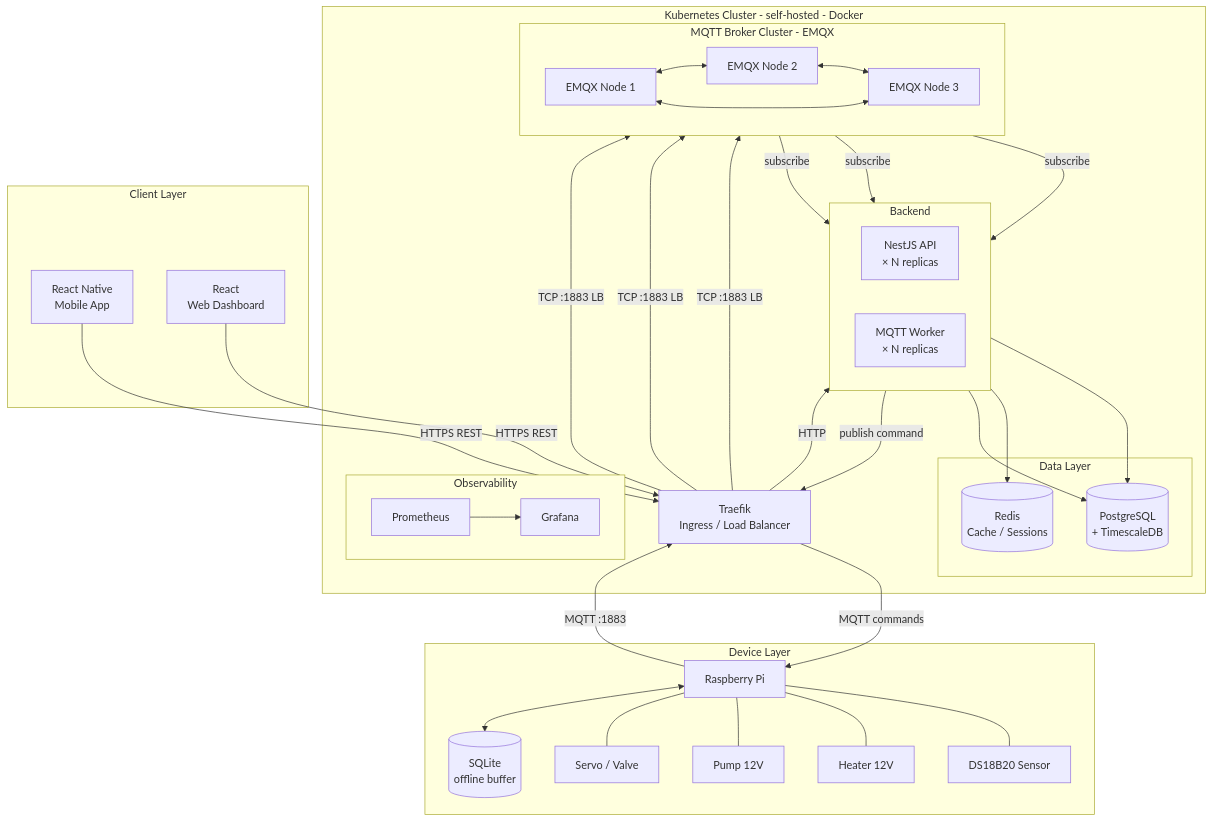
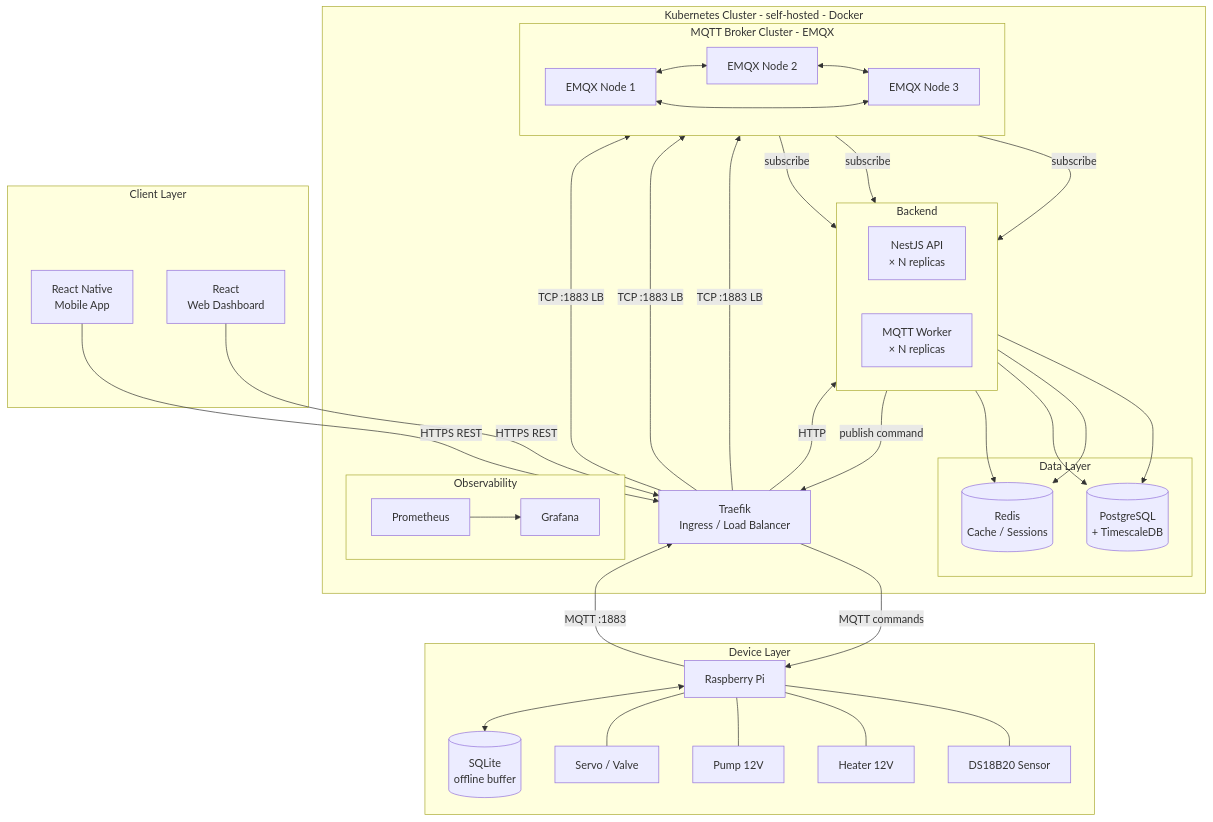
One commit to przemyslawbryzek/IoTea changed the diagram in README.md. Above: the diagram before and after it, drawn with Mermaid.

Commit message:
fixed DFD worker --> redis

````diff
--- a/README.md
+++ b/README.md
@@ -3,62 +3,62 @@
 ```mermaid
 flowchart TB
 
 subgraph Device["Device Layer"]
     RPi[Raspberry Pi]
     Sensors[DS18B20 Sensor]
     Heater[Heater 12V]
     Pump[Pump 12V]
     Valve[Servo / Valve]
     LocalDB[(SQLite<br>offline buffer)]
 
     RPi --- Sensors & Heater & Pump & Valve
     RPi <--> LocalDB
 end
 
 subgraph K8s["Kubernetes Cluster  -  self-hosted  -  Docker"]
 
     Traefik["Traefik<br>Ingress / Load Balancer"]
 
     subgraph Backend["Backend"]
         direction LR
         API["NestJS API<br>× N replicas"]
         Worker["MQTT Worker<br>× N replicas"]
     end
 
     subgraph Messaging["MQTT Broker Cluster  -  EMQX"]
         direction LR
         MQTT1["EMQX Node 1"]
         MQTT2["EMQX Node 2"]
         MQTT3["EMQX Node 3"]
         MQTT1 <--> MQTT2
         MQTT2 <--> MQTT3
         MQTT1 <--> MQTT3
     end
 
     subgraph DataLayer["Data Layer"]
         PG[(PostgreSQL<br>+ TimescaleDB)]
         Redis[(Redis<br>Cache / Sessions)]
     end
 
     subgraph Observability["Observability"]
         direction LR
         Prometheus[Prometheus] --> Grafana[Grafana]
     end
 
     Traefik -->|HTTP| API
     Traefik -->|TCP :1883 LB| MQTT1 & MQTT2 & MQTT3
     API --> PG & Redis
-    Worker --> PG
+    Worker --> PG & Redis
     MQTT1 & MQTT2 & MQTT3 -->|subscribe| Worker
     API -->|publish command| Traefik
 end
 
 subgraph Clients["Client Layer"]
     Mobile[React Native<br>Mobile App]
     Web[React<br>Web Dashboard]
 end
 
 RPi -->|MQTT :1883| Traefik
 Traefik -->|MQTT commands| RPi
 Mobile & Web -->|HTTPS REST| Traefik
 ```
````
